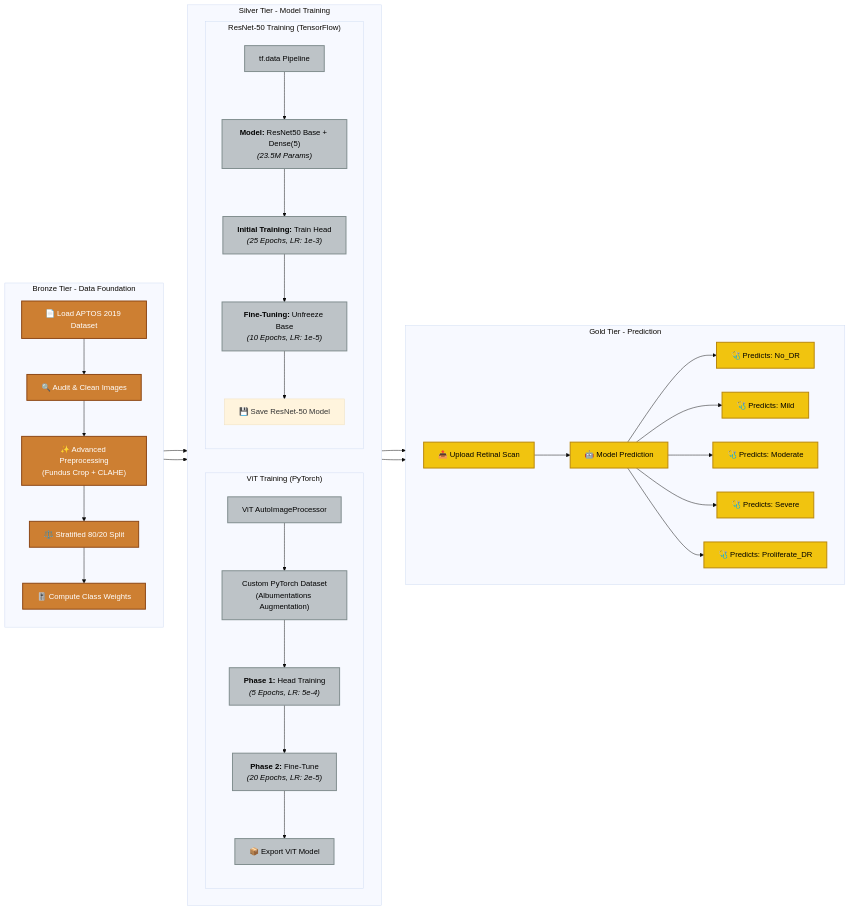
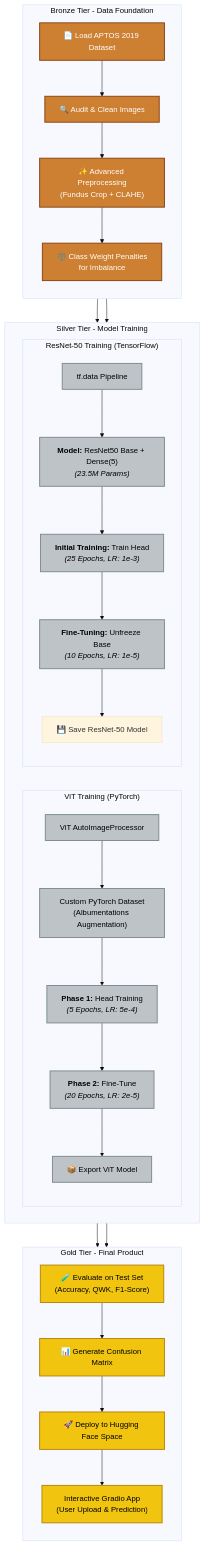
The diagram in README.md (Yeshwanth-git-tech/DiabeticRetinopathy-ViT-Resnet), drawn with Mermaid (base theme) before and after one commit.

Commit message:
Edit README-f

````diff
--- a/README.md
+++ b/README.md
@@ -7,56 +7,53 @@
 ```mermaid
- flowchart LR
-     %% --- Style Definitions (retained from before) ---
-     classDef bronzeStyle fill:#cd7f32,stroke:#8B4513,stroke-width:2px,color:#ffffff
-     classDef silverStyle fill:#bdc3c7,stroke:#7f8c8d,stroke-width:2px,color:#000000
-     classDef goldStyle fill:#f1c40f,stroke:#b8860b,stroke-width:2px,color:#000000
- 
-     %% --- (Bronze and Silver Tiers remain the same) ---
-     subgraph Bronze Tier - Data Foundation
-         direction TB
-         A["📄 Load APTOS 2019 Dataset"] --> B["🔍 Audit & Clean Images"]
-         B --> C["✨ Advanced Preprocessing<br/>(Fundus Crop + CLAHE)"]
-         C --> D["⚖️ Stratified 80/20 Split"]
-         D --> E["🎚️ Compute Class Weights"]
-     end
-     class A,B,C,D,E bronzeStyle
- 
-     subgraph Silver Tier - Model Training
-         direction LR
- 
-         subgraph "ViT Training (PyTorch)"
-             direction TB
-             G1["ViT AutoImageProcessor"] --> G2["Custom PyTorch Dataset<br/>(Albumentations Augmentation)"]
-             G2 --> G3["<b>Phase 1:</b> Head Training<br/><i>(5 Epochs, LR: 5e-4)</i>"]
-             G3 --> G4["<b>Phase 2:</b> Fine-Tune<br/><i>(20 Epochs, LR: 2e-5)</i>"]
-             G4 --> G5["📦 Export ViT Model"]
-         end
- 
-         subgraph "ResNet-50 Training (TensorFlow)"
-             direction TB
-             H1["tf.data Pipeline"] --> H2["<b>Model:</b> ResNet50 Base + Dense(5)<br/><i>(23.5M Params)</i>"]
-             H2 --> H3["<b>Initial Training:</b> Train Head<br/><i>(25 Epochs, LR: 1e-3)</i>"]
-             H3 --> H4["<b>Fine-Tuning:</b> Unfreeze Base<br/><i>(10 Epochs, LR: 1e-5)</i>"]
-             H4 --> H5["💾 Save ResNet-50 Model"]
-         end
-     end
-     class G1,G2,G3,G4,G5,H1,H2,H3,H4 silverStyle
- 
-     %% --- GOLD TIER: Prediction ---
-     subgraph Gold Tier - Prediction
-         direction LR
-         I1["📤 Upload Retinal Scan"] --> I2["🤖 Model Prediction"]
-         I2 --> I3["🩺 Predicts: No_DR"]
-         I2 --> I4["🩺 Predicts: Mild"]
-         I2 --> I5["🩺 Predicts: Moderate"]
-         I2 --> I6["🩺 Predicts: Severe"]
-         I2 --> I7["🩺 Predicts: Proliferate_DR"]
-     end
-     class I1,I2,I3,I4,I5,I6,I7 goldStyle
- 
-     %% --- Connections ---
-     E --> G1
-     E --> H1
-     G5 --> I1
-     H5 --> I1
- ```
+flowchart TB
+    %% --- Style Definitions ---
+    classDef bronzeStyle fill:#cd7f32,stroke:#8B4513,stroke-width:2px,color:#ffffff
+    classDef silverStyle fill:#bdc3c7,stroke:#7f8c8d,stroke-width:2px,color:#000000
+    classDef goldStyle fill:#f1c40f,stroke:#b8860b,stroke-width:2px,color:#000000
+
+    %% --- BRONZE TIER: Data Pipeline ---
+    subgraph Bronze Tier - Data Foundation
+        direction TB
+        A["📄 Load APTOS 2019 Dataset"] --> B["🔍 Audit & Clean Images"]
+        B --> C["✨ Advanced Preprocessing<br/>(Fundus Crop + CLAHE)"]
+        C --> D["⚖️ Class Weight Penalties<br/>for Imbalance"]
+    end
+    class A,B,C,D bronzeStyle
+
+    %% --- SILVER TIER: Model Training ---
+    subgraph Silver Tier - Model Training
+        direction LR
+
+        subgraph "ViT Training (PyTorch)"
+            direction TB
+            G1["ViT AutoImageProcessor"] --> G2["Custom PyTorch Dataset<br/>(Albumentations Augmentation)"]
+            G2 --> G3["<b>Phase 1:</b> Head Training<br/><i>(5 Epochs, LR: 5e-4)</i>"]
+            G3 --> G4["<b>Phase 2:</b> Fine-Tune<br/><i>(20 Epochs, LR: 2e-5)</i>"]
+            G4 --> G5["📦 Export ViT Model"]
+        end
+
+        subgraph "ResNet-50 Training (TensorFlow)"
+            direction TB
+            H1["tf.data Pipeline"] --> H2["<b>Model:</b> ResNet50 Base + Dense(5)<br/><i>(23.5M Params)</i>"]
+            H2 --> H3["<b>Initial Training:</b> Train Head<br/><i>(25 Epochs, LR: 1e-3)</i>"]
+            H3 --> H4["<b>Fine-Tuning:</b> Unfreeze Base<br/><i>(10 Epochs, LR: 1e-5)</i>"]
+            H4 --> H5["💾 Save ResNet-50 Model"]
+        end
+    end
+    class G1,G2,G3,G4,G5,H1,H2,H3,H4 silverStyle
+
+    %% --- GOLD TIER: Final Product ---
+    subgraph Gold Tier - Final Product
+        direction TB
+        I1["🧪 Evaluate on Test Set<br/>(Accuracy, QWK, F1-Score)"] --> I2["📊 Generate Confusion Matrix"]
+        I2 --> J1["🚀 Deploy to Hugging Face Space"]
+        J1 --> J2["Interactive Gradio App<br/>(User Upload & Prediction)"]
+    end
+    class I1,I2,J1,J2 goldStyle
+
+    %% --- Connections ---
+    D --> G1
+    D --> H1
+    G5 --> I1
+    H5 --> I1
+```
````
